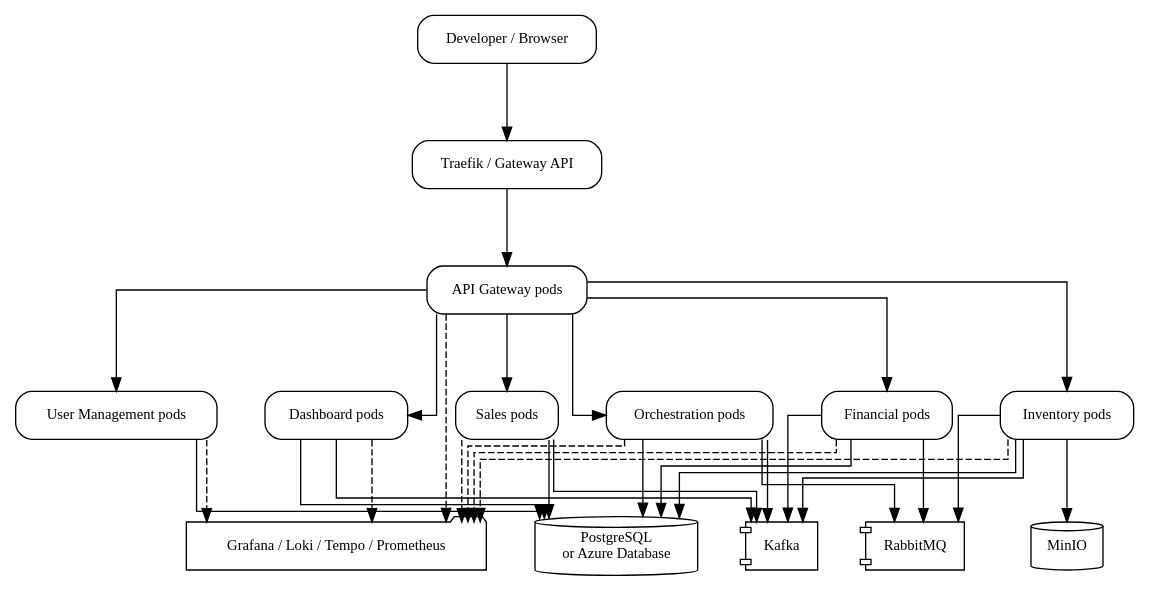
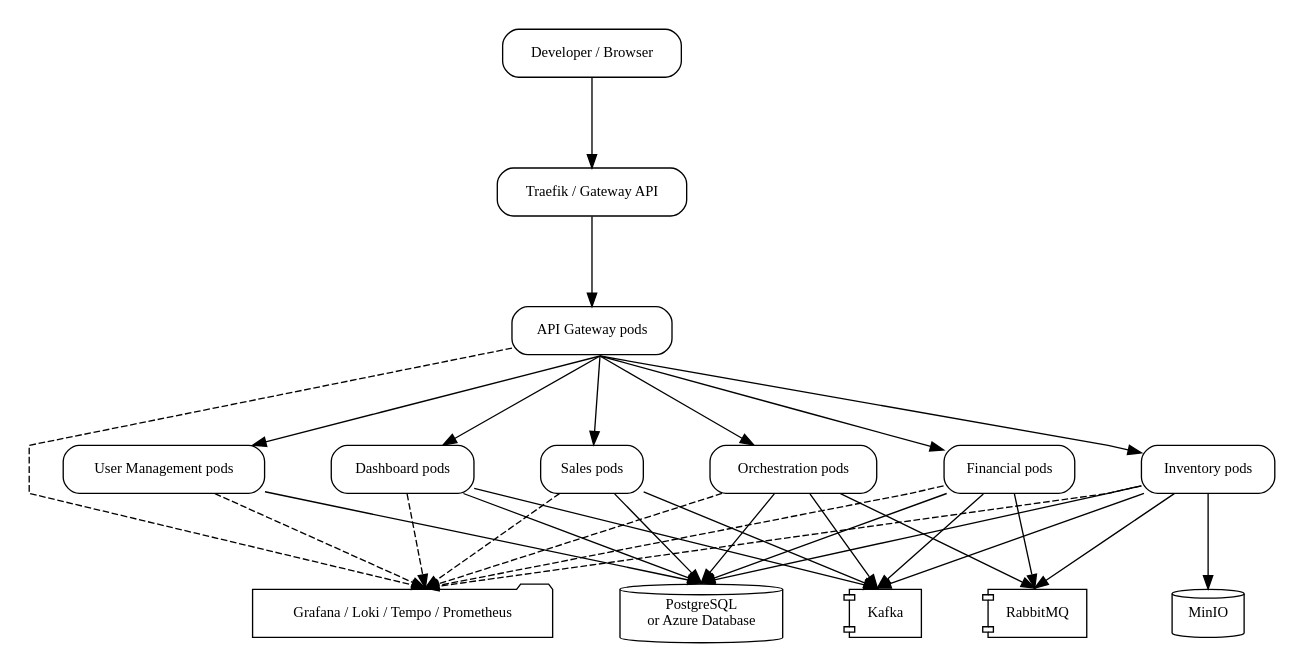
Before and after one commit to danielroth1/ERPDemo: the diagram in docs/erp-demo/docs/diagrams/kubernetes-topology.dot, drawn with Graphviz. The commit also changed 35 other files, not shown here.

```diff
--- a/docs/erp-demo/docs/diagrams/kubernetes-topology.dot
+++ b/docs/erp-demo/docs/diagrams/kubernetes-topology.dot
@@ -1,55 +1,56 @@
 digraph k8s_topology {
   rankdir=TB;
-  graph [nodesep=0.5, ranksep=0.8, splines=ortho];
+  graph [nodesep=0.7, ranksep=0.95, pad=0.2, splines=polyline, concentrate=true];
   node [shape=box, style="rounded", fontsize=11];
+  edge [penwidth=1];
 
   user [label="Developer / Browser"];
   ingress [label="Traefik / Gateway API"];
   gateway [label="API Gateway pods"];
 
   inventory [label="Inventory pods"];
   sales [label="Sales pods"];
   financial [label="Financial pods"];
   dashboard [label="Dashboard pods"];
   orchestration [label="Orchestration pods"];
   users [label="User Management pods"];
 
   postgres [label="PostgreSQL\nor Azure Database", shape=cylinder];
   kafka [label="Kafka", shape=component];
   rabbit [label="RabbitMQ", shape=component];
   minio [label="MinIO", shape=cylinder];
   grafana [label="Grafana / Loki / Tempo / Prometheus", shape=folder];
 
   user -> ingress -> gateway;
-  gateway -> inventory;
-  gateway -> sales;
-  gateway -> financial;
-  gateway -> dashboard;
-  gateway -> orchestration;
-  gateway -> users;
+  gateway -> inventory [sametail=gw];
+  gateway -> sales [sametail=gw];
+  gateway -> financial [sametail=gw];
+  gateway -> dashboard [sametail=gw];
+  gateway -> orchestration [sametail=gw];
+  gateway -> users [sametail=gw];
 
-  inventory -> postgres;
-  sales -> postgres;
-  financial -> postgres;
-  dashboard -> postgres;
-  orchestration -> postgres;
-  users -> postgres;
+  inventory -> postgres [samehead=pg];
+  sales -> postgres [samehead=pg];
+  financial -> postgres [samehead=pg];
+  dashboard -> postgres [samehead=pg];
+  orchestration -> postgres [samehead=pg];
+  users -> postgres [samehead=pg];
 
   inventory -> minio;
-  inventory -> kafka;
-  sales -> kafka;
-  financial -> kafka;
-  dashboard -> kafka;
-  orchestration -> kafka;
-  orchestration -> rabbit;
-  inventory -> rabbit;
-  financial -> rabbit;
+  inventory -> kafka [samehead=events];
+  sales -> kafka [samehead=events];
+  financial -> kafka [samehead=events];
+  dashboard -> kafka [samehead=events];
+  orchestration -> kafka [samehead=events];
+  orchestration -> rabbit [samehead=commands];
+  inventory -> rabbit [samehead=commands];
+  financial -> rabbit [samehead=commands];
 
-  gateway -> grafana [style=dashed];
-  inventory -> grafana [style=dashed];
-  sales -> grafana [style=dashed];
-  financial -> grafana [style=dashed];
-  dashboard -> grafana [style=dashed];
-  orchestration -> grafana [style=dashed];
-  users -> grafana [style=dashed];
+  gateway -> grafana [style=dashed, samehead=telemetry];
+  inventory -> grafana [style=dashed, samehead=telemetry];
+  sales -> grafana [style=dashed, samehead=telemetry];
+  financial -> grafana [style=dashed, samehead=telemetry];
+  dashboard -> grafana [style=dashed, samehead=telemetry];
+  orchestration -> grafana [style=dashed, samehead=telemetry];
+  users -> grafana [style=dashed, samehead=telemetry];
 }
```
